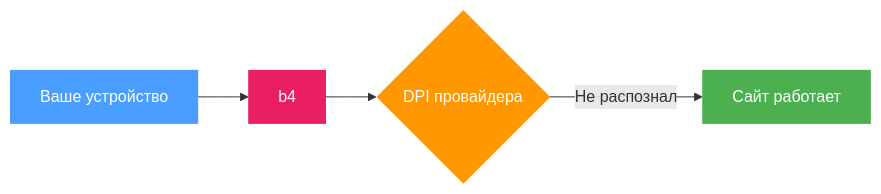
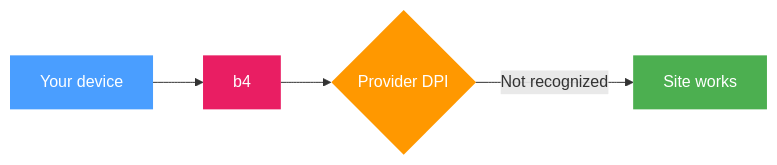
Before and after one commit to AlexTransit/b4: the diagram in docs/docs/intro.md, drawn with Mermaid. The commit also changed other lines of this file and 78 other files, not shown here.

````diff
--- a/docs/docs/intro.md
+++ b/docs/docs/intro.md
@@ -16,11 +16,11 @@
 ```mermaid
 flowchart LR
-    A["Ваше устройство"] --> B["b4"]
-    B --> C{"DPI провайдера"}
-    C -->|"Не распознал"| D["Сайт работает"]
+    A["Your device"] --> B["b4"]
+    B --> C{"Provider DPI"}
+    C -->|"Not recognized"| D["Site works"]
 
     style A fill:#4a9eff,color:#fff,stroke:none
     style B fill:#e91e63,color:#fff,stroke:none
     style C fill:#ff9800,color:#fff,stroke:none
     style D fill:#4caf50,color:#fff,stroke:none
 ```
````
